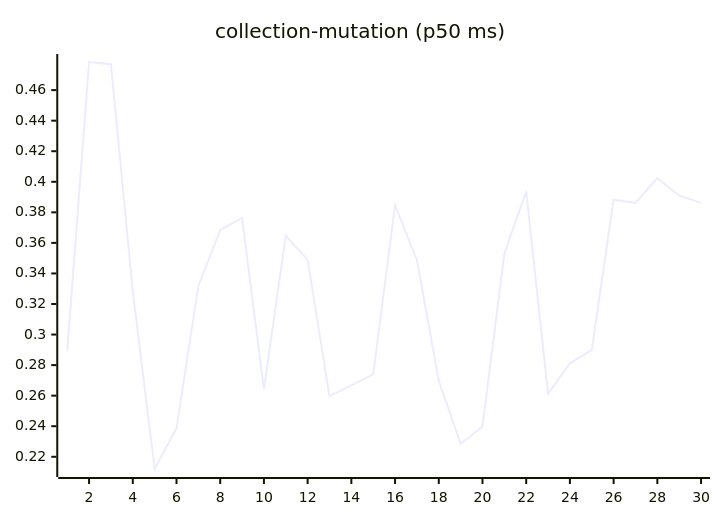
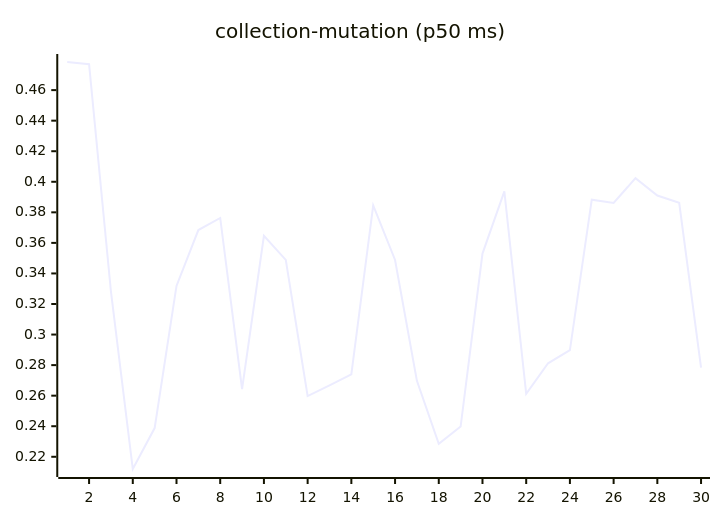
The sixth of 27 diagrams in README.md (josha/Facet), drawn with Mermaid before and after one commit. The commit also changed other lines of this file and 2 other files, not shown here.

````diff
--- a/README.md
+++ b/README.md
@@ -98,6 +98,6 @@
 ```mermaid
 xychart-beta
     title "collection-mutation (p50 ms)"
     x-axis 1 --> 30
-    line [0.2890, 0.4784, 0.4770, 0.3282, 0.2120, 0.2388, 0.3318, 0.3684, 0.3763, 0.2643, 0.3646, 0.3489, 0.2597, 0.2667, 0.2740, 0.3845, 0.3488, 0.2697, 0.2285, 0.2398, 0.3530, 0.3937, 0.2612, 0.2812, 0.2898, 0.3883, 0.3861, 0.4024, 0.3910, 0.3862]
+    line [0.4784, 0.4770, 0.3282, 0.2120, 0.2388, 0.3318, 0.3684, 0.3763, 0.2643, 0.3646, 0.3489, 0.2597, 0.2667, 0.2740, 0.3845, 0.3488, 0.2697, 0.2285, 0.2398, 0.3530, 0.3937, 0.2612, 0.2812, 0.2898, 0.3883, 0.3861, 0.4024, 0.3910, 0.3862, 0.2784]
 ```
````
